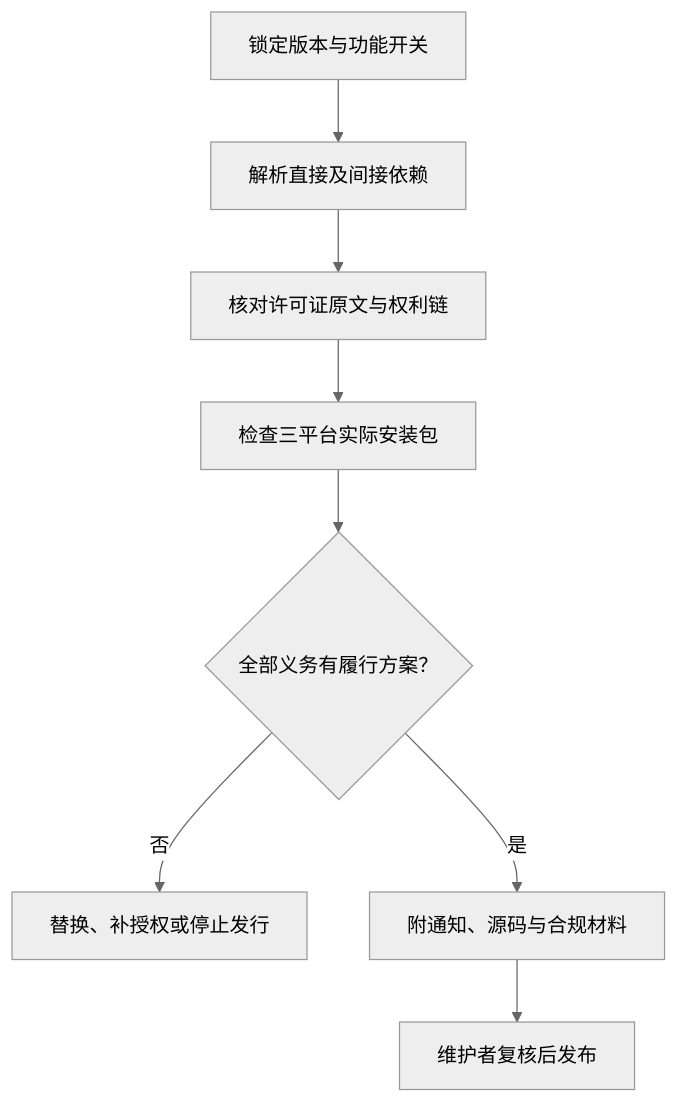
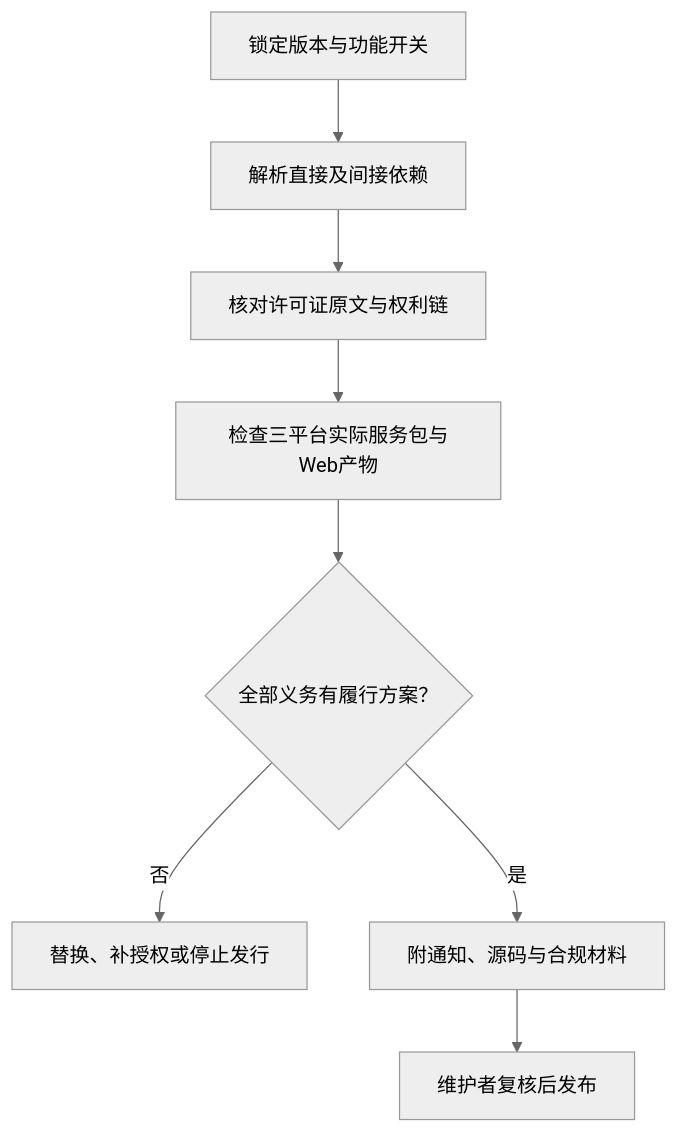
One commit to qq940500529/secretbridge changed the diagram in docs/依赖许可风险评估.md. Above: the diagram before and after it, drawn with Mermaid (neutral theme). The commit also changed other lines of this file and 40 other files, not shown here.

````diff
--- a/docs/依赖许可风险评估.md
+++ b/docs/依赖许可风险评估.md
@@ -86,10 +83,10 @@
 ```mermaid
 flowchart TB
     A["锁定版本与功能开关"] --> B["解析直接及间接依赖"]
     B --> C["核对许可证原文与权利链"]
-    C --> D["检查三平台实际安装包"]
+    C --> D["检查三平台实际服务包与Web产物"]
     D --> E{"全部义务有履行方案？"}
     E -->|"否"| F["替换、补授权或停止发行"]
     E -->|"是"| G["附通知、源码与合规材料"]
     G --> H["维护者复核后发布"]
 ```
````
